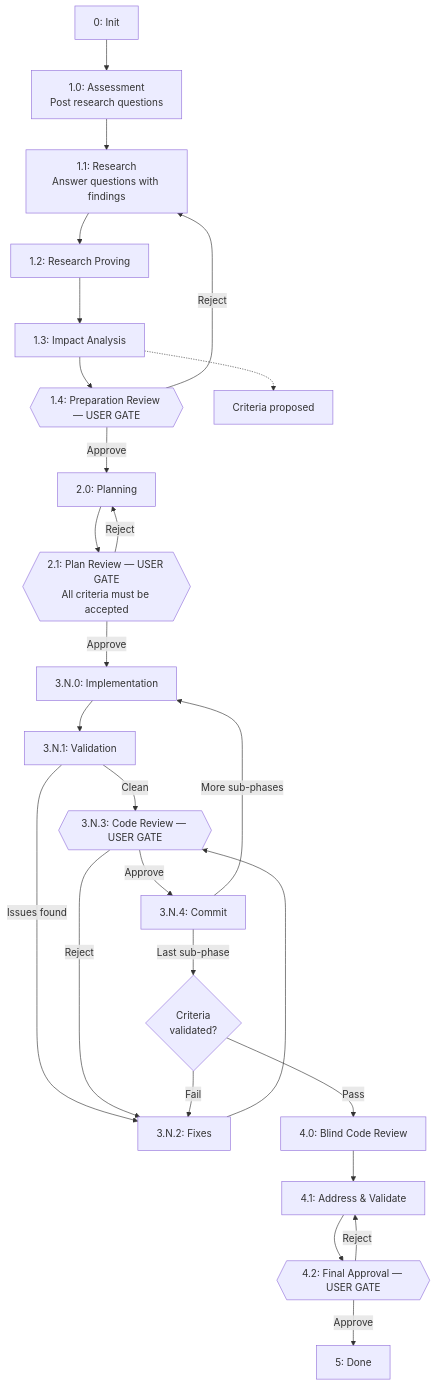
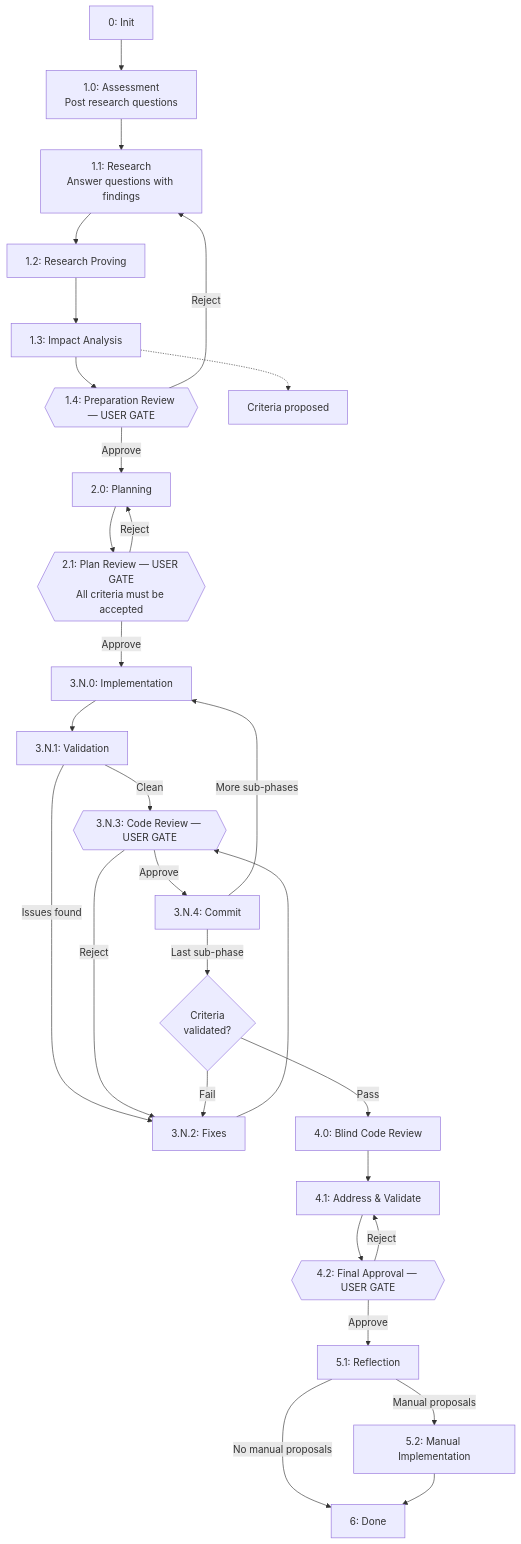
Before and after one commit to IgnatRozhkoTR/governed-workflow: the diagram in README.md, drawn with Mermaid. The commit also changed other lines of this file and 3 other files, not shown here.

````diff
--- a/README.md
+++ b/README.md
@@ -11,57 +11,63 @@
 ```mermaid
 flowchart TD
     P0["0: Init"]
     P10["1.0: Assessment<br/>Post research questions"]
     P11["1.1: Research<br/>Answer questions with findings"]
     P12["1.2: Research Proving"]
     P13["1.3: Impact Analysis"]
     P14{{"1.4: Preparation Review — USER GATE"}}
     AC["Criteria proposed"]
     P20["2.0: Planning"]
     P21{{"2.1: Plan Review — USER GATE<br/>All criteria must be accepted"}}
 
     P3N0["3.N.0: Implementation"]
     P3N1["3.N.1: Validation"]
     P3N2["3.N.2: Fixes"]
     P3N3{{"3.N.3: Code Review — USER GATE"}}
     P3N4["3.N.4: Commit"]
 
     CV{"Criteria<br/>validated?"}
     P40["4.0: Blind Code Review"]
     P41["4.1: Address & Validate"]
     P42{{"4.2: Final Approval — USER GATE"}}
-    P5["5: Done"]
+    P51["5.1: Reflection"]
+    P52["5.2: Manual Implementation"]
+    P6["6: Done"]
 
     P0 --> P10
     P10 --> P11
     P11 --> P12
     P12 --> P13
     P13 -.-> AC
     P13 --> P14
     P14 -- "Approve" --> P20
     P14 -- "Reject" --> P11
     P20 --> P21
 
     P21 -- "Approve" --> P3N0
     P21 -- "Reject" --> P20
 
     P3N0 --> P3N1
     P3N1 -- "Clean" --> P3N3
     P3N1 -- "Issues found" --> P3N2
     P3N2 --> P3N3
 
     P3N3 -- "Approve" --> P3N4
     P3N3 -- "Reject" --> P3N2
 
     P3N4 -- "More sub-phases" --> P3N0
     P3N4 -- "Last sub-phase" --> CV
 
     CV -- "Pass" --> P40
     CV -- "Fail" --> P3N2
 
     P40 --> P41
     P41 --> P42
 
-    P42 -- "Approve" --> P5
+    P42 -- "Approve" --> P51
     P42 -- "Reject" --> P41
+
+    P51 -- "Manual proposals" --> P52
+    P51 -- "No manual proposals" --> P6
+    P52 --> P6
 ```
````
